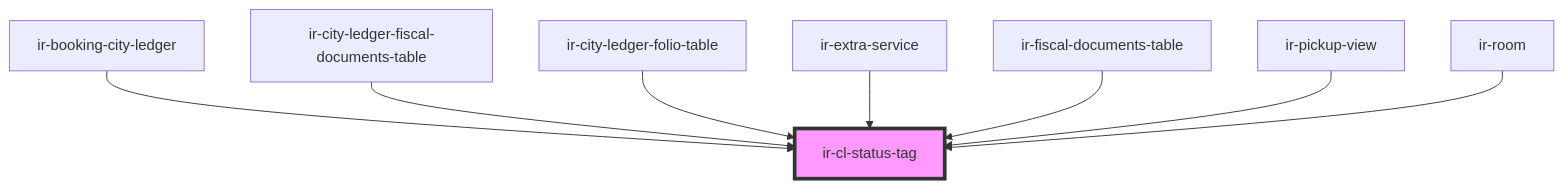
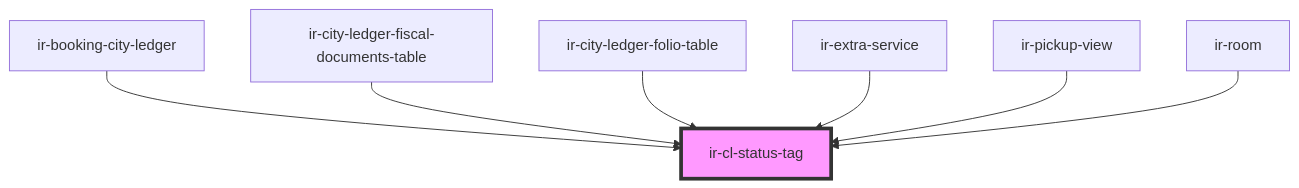
Before and after one commit to RonyRizk/ir-webcmp: the diagram in src/components/ir-city-ledger/ir-cl-status-tag/readme.md, drawn with Mermaid. The commit also changed other lines of this file and 115 other files, not shown here.

````diff
--- a/src/components/ir-city-ledger/ir-cl-status-tag/readme.md
+++ b/src/components/ir-city-ledger/ir-cl-status-tag/readme.md
@@ -29,11 +28,10 @@
 ```mermaid
 graph TD;
   ir-booking-city-ledger --> ir-cl-status-tag
   ir-city-ledger-fiscal-documents-table --> ir-cl-status-tag
   ir-city-ledger-folio-table --> ir-cl-status-tag
   ir-extra-service --> ir-cl-status-tag
-  ir-fiscal-documents-table --> ir-cl-status-tag
   ir-pickup-view --> ir-cl-status-tag
   ir-room --> ir-cl-status-tag
   style ir-cl-status-tag fill:#f9f,stroke:#333,stroke-width:4px
 ```
````
